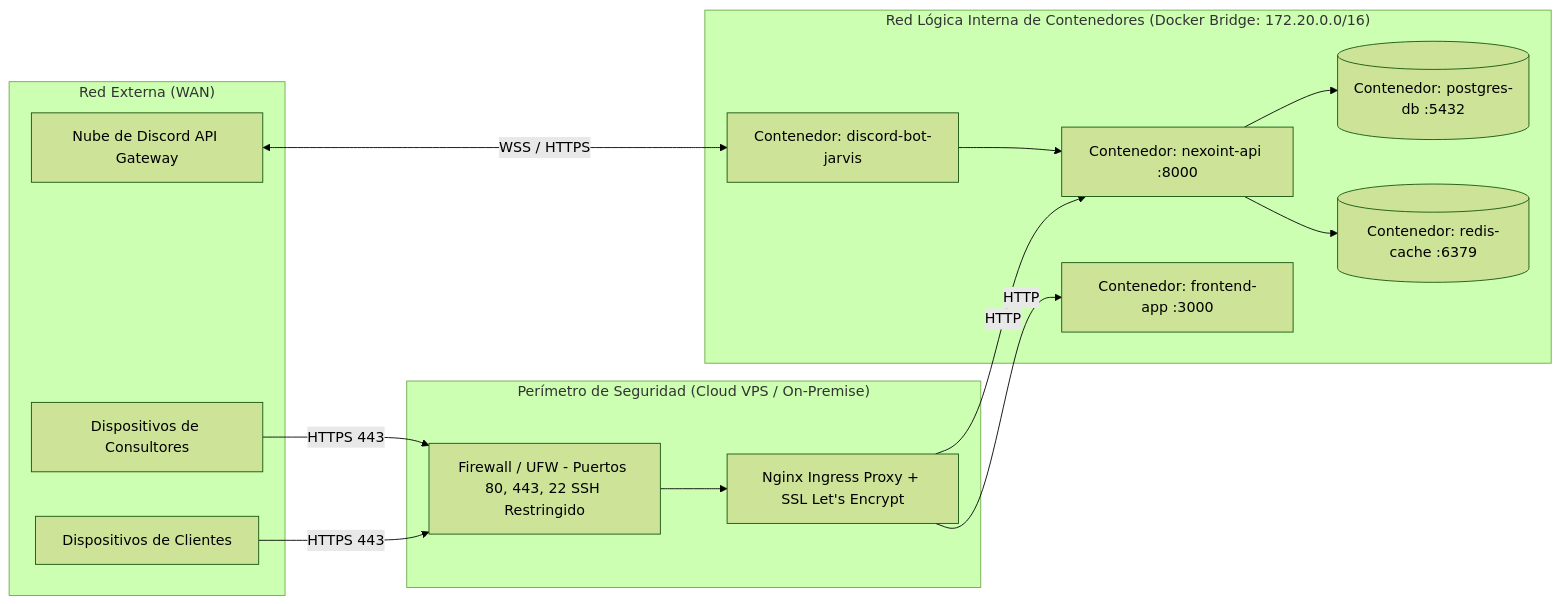
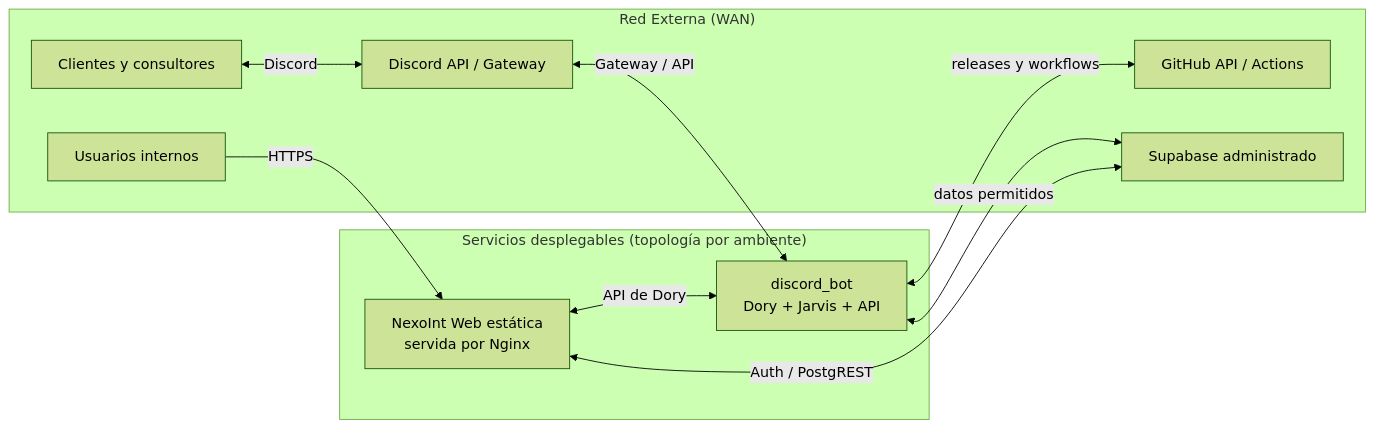
One commit to jesusalbujas/CONTROL-PST changed diagram 12 of 13 in docs/proyectos/pst-4-arquitectura.md. Above: the diagram before and after it, drawn with Mermaid (forest theme). The commit also changed other lines of this file and 9 other files, not shown here.

````diff
--- a/docs/proyectos/pst-4-arquitectura.md
+++ b/docs/proyectos/pst-4-arquitectura.md
@@ -730,32 +530,23 @@
 ```mermaid
 flowchart LR
     subgraph sub_Red_Externa_WAN ["Red Externa (WAN)"]
-        USR_CLI["Dispositivos de Clientes"]
-        USR_CON["Dispositivos de Consultores"]
-        DISC_CLOUD["Nube de Discord API Gateway"]
+        USR_CLI["Clientes y consultores"]
+        USR_CON["Usuarios internos"]
+        DISC_CLOUD["Discord API / Gateway"]
+        GH["GitHub API / Actions"]
+        SUPA["Supabase administrado"]
     end
 
-    subgraph sub_Per_metro_de_Seguridad_Cloud_VPS_On_Premise ["Perímetro de Seguridad (Cloud VPS / On-Premise)"]
-        FW["Firewall / UFW - Puertos 80, 443, 22 SSH Restringido"]
-        REV_PROXY["Nginx Ingress Proxy + SSL Let's Encrypt"]
+    subgraph sub_Despliegue ["Servicios desplegables (topología por ambiente)"]
+        WEB["NexoInt Web estática<br>servida por Nginx"]
+        BOT["discord_bot<br>Dory + Jarvis + API"]
     end
 
-    subgraph sub_Red_L_gica_Interna_de_Contenedores_Docker_Bridge_172_20_0_0_16 ["Red Lógica Interna de Contenedores (Docker Bridge: 172.20.0.0/16)"]
-        API_CTR["Contenedor: nexoint-api :8000"]
-        BOT_CTR["Contenedor: discord-bot-jarvis"]
-        APP_CTR["Contenedor: frontend-app :3000"]
-        DB_CTR[("Contenedor: postgres-db :5432")]
-        RED_CTR[("Contenedor: redis-cache :6379")]
-    end
-
-    USR_CLI -->|HTTPS 443| FW
-    USR_CON -->|HTTPS 443| FW
-    DISC_CLOUD <-->|WSS / HTTPS| BOT_CTR
-
-    FW --> REV_PROXY
-    REV_PROXY -->|HTTP| API_CTR
-    REV_PROXY -->|HTTP| APP_CTR
-    BOT_CTR --> API_CTR
-    API_CTR --> DB_CTR
-    API_CTR --> RED_CTR
+    USR_CLI <-->|Discord| DISC_CLOUD
+    DISC_CLOUD <-->|Gateway / API| BOT
+    USR_CON -->|HTTPS| WEB
+    WEB <-->|Auth / PostgREST| SUPA
+    BOT <-->|datos permitidos| SUPA
+    WEB <-->|API de Dory| BOT
+    BOT <-->|releases y workflows| GH
 ```
````
